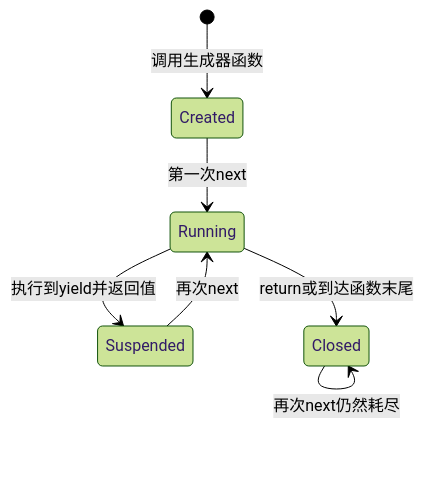
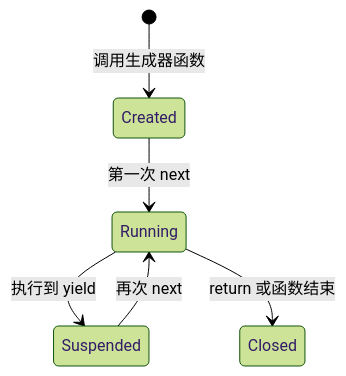
One commit to cafelemon/become_engineer changed the second of 2 diagrams in learning-paths/programming-languages/python-core/03-iterables-iterators-generators.md. Above: the diagram before and after it, drawn with Mermaid (forest theme). The commit also changed other lines of this file and 205 other files, not shown here.

````diff
--- a/learning-paths/programming-languages/python-core/03-iterables-iterators-generators.md
+++ b/learning-paths/programming-languages/python-core/03-iterables-iterators-generators.md
@@ -192,9 +113,8 @@
-```mermaid
+~~~mermaid
 stateDiagram-v2
     [*] --> Created: 调用生成器函数
-    Created --> Running: 第一次next
-    Running --> Suspended: 执行到yield并返回值
-    Suspended --> Running: 再次next
-    Running --> Closed: return或到达函数末尾
-    Closed --> Closed: 再次next仍然耗尽
-```
+    Created --> Running: 第一次 next
+    Running --> Suspended: 执行到 yield
+    Suspended --> Running: 再次 next
+    Running --> Closed: return 或函数结束
+~~~
````
